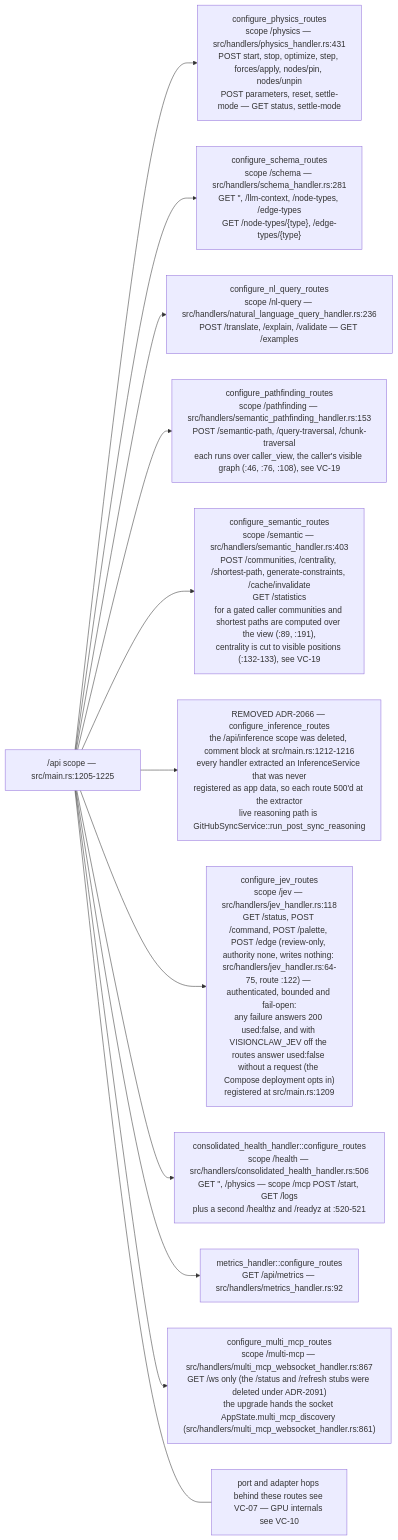
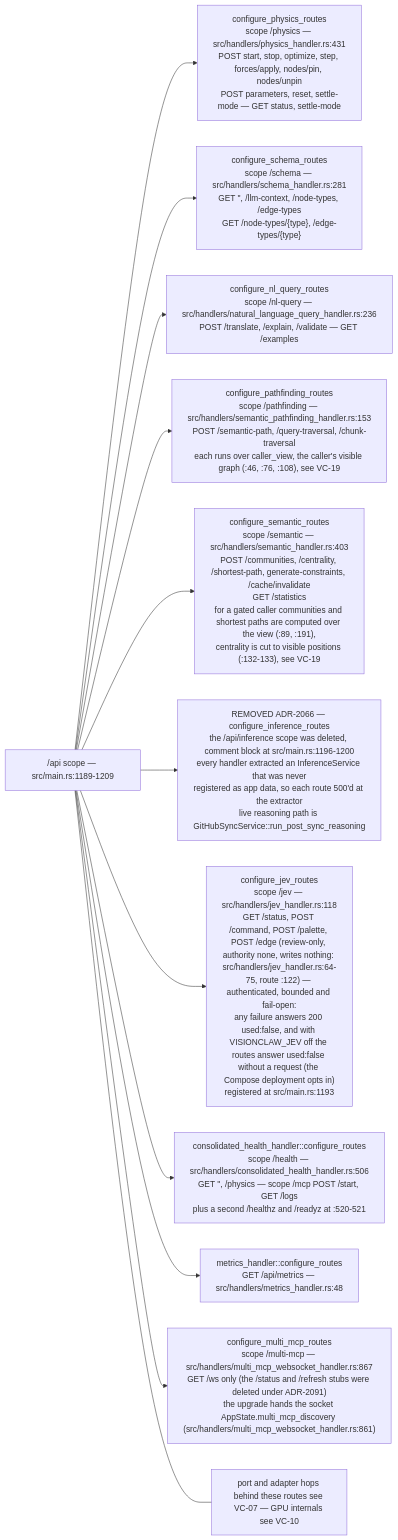
The tenth of 13 diagrams in docs/diagrams/visionclaw/01-boot-and-app-state.md (DreamLab-AI/VisionFlow), drawn with Mermaid before and after one commit. The commit also changed other lines of this file and 7 other files, not shown here.

````diff
--- a/docs/diagrams/visionclaw/01-boot-and-app-state.md
+++ b/docs/diagrams/visionclaw/01-boot-and-app-state.md
@@ -441,16 +445,16 @@
 ```mermaid
 flowchart LR
-    S["/api scope — src/main.rs:1205-1225"]
+    S["/api scope — src/main.rs:1189-1209"]
     S --> P["configure_physics_routes<br/>scope /physics — src/handlers/physics_handler.rs:431<br/>POST start, stop, optimize, step, forces/apply, nodes/pin, nodes/unpin<br/>POST parameters, reset, settle-mode — GET status, settle-mode"]
     S --> SC["configure_schema_routes<br/>scope /schema — src/handlers/schema_handler.rs:281<br/>GET '', /llm-context, /node-types, /edge-types<br/>GET /node-types/{type}, /edge-types/{type}"]
     S --> NL["configure_nl_query_routes<br/>scope /nl-query — src/handlers/natural_language_query_handler.rs:236<br/>POST /translate, /explain, /validate — GET /examples"]
     S --> PF["configure_pathfinding_routes<br/>scope /pathfinding — src/handlers/semantic_pathfinding_handler.rs:153<br/>POST /semantic-path, /query-traversal, /chunk-traversal<br/>each runs over caller_view, the caller's visible graph (:46, :76, :108), see VC-19"]
     S --> SM["configure_semantic_routes<br/>scope /semantic — src/handlers/semantic_handler.rs:403<br/>POST /communities, /centrality, /shortest-path, generate-constraints, /cache/invalidate<br/>GET /statistics<br/>for a gated caller communities and shortest paths are computed over the view (:89, :191),<br/>centrality is cut to visible positions (:132-133), see VC-19"]
-    S --> IN["REMOVED ADR-2066 — configure_inference_routes<br/>the /api/inference scope was deleted, comment block at src/main.rs:1212-1216<br/>every handler extracted an InferenceService that was never<br/>registered as app data, so each route 500'd at the extractor<br/>live reasoning path is GitHubSyncService::run_post_sync_reasoning"]
-    S --> JV["configure_jev_routes<br/>scope /jev — src/handlers/jev_handler.rs:118<br/>GET /status, POST /command, POST /palette, POST /edge (review-only, authority none, writes nothing: src/handlers/jev_handler.rs:64-75, route :122) — authenticated, bounded and fail-open:<br/>any failure answers 200 used:false, and with VISIONCLAW_JEV off the routes answer used:false without a request (the Compose deployment opts in)<br/>registered at src/main.rs:1209"]
+    S --> IN["REMOVED ADR-2066 — configure_inference_routes<br/>the /api/inference scope was deleted, comment block at src/main.rs:1196-1200<br/>every handler extracted an InferenceService that was never<br/>registered as app data, so each route 500'd at the extractor<br/>live reasoning path is GitHubSyncService::run_post_sync_reasoning"]
+    S --> JV["configure_jev_routes<br/>scope /jev — src/handlers/jev_handler.rs:118<br/>GET /status, POST /command, POST /palette, POST /edge (review-only, authority none, writes nothing: src/handlers/jev_handler.rs:64-75, route :122) — authenticated, bounded and fail-open:<br/>any failure answers 200 used:false, and with VISIONCLAW_JEV off the routes answer used:false without a request (the Compose deployment opts in)<br/>registered at src/main.rs:1193"]
     S --> HE["consolidated_health_handler::configure_routes<br/>scope /health — src/handlers/consolidated_health_handler.rs:506<br/>GET '', /physics — scope /mcp POST /start, GET /logs<br/>plus a second /healthz and /readyz at :520-521"]
-    S --> ME["metrics_handler::configure_routes<br/>GET /api/metrics — src/handlers/metrics_handler.rs:92"]
+    S --> ME["metrics_handler::configure_routes<br/>GET /api/metrics — src/handlers/metrics_handler.rs:48"]
     S --> MM["configure_multi_mcp_routes<br/>scope /multi-mcp — src/handlers/multi_mcp_websocket_handler.rs:867<br/>GET /ws only (the /status and /refresh stubs were deleted under ADR-2091)<br/>the upgrade hands the socket AppState.multi_mcp_discovery (src/handlers/multi_mcp_websocket_handler.rs:861)"]
     N["port and adapter hops behind these routes see VC-07 — GPU internals see VC-10"]
     S --- N
 ```
````
